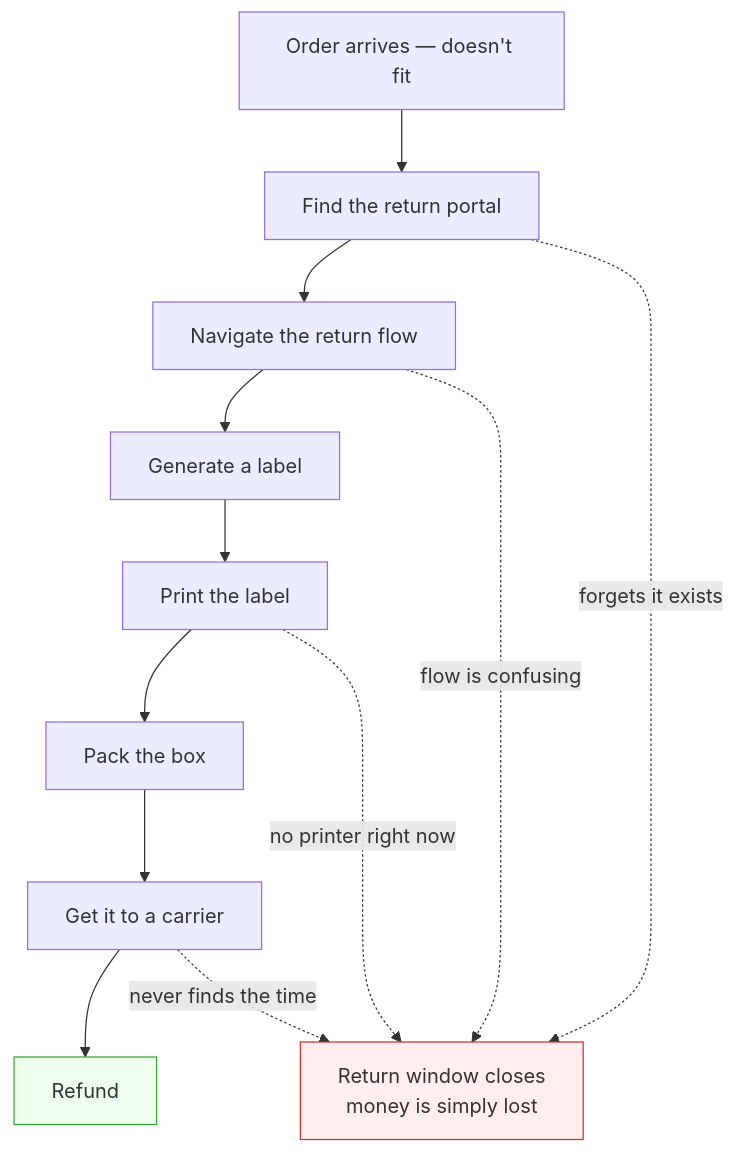
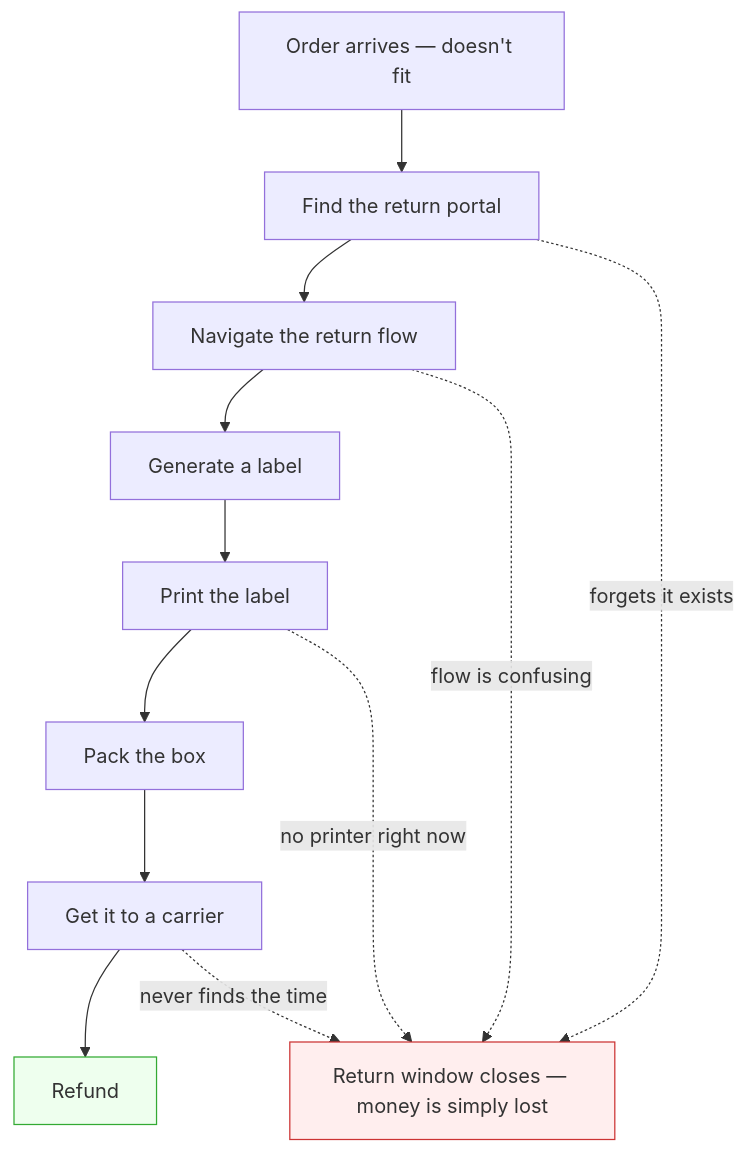
The first of 2 diagrams in docs/boomerang-returns-agent.md (jacklvd/boomerang), drawn with Mermaid before and after one commit. The commit also changed other lines of this file and 13 other files, not shown here.

````diff
--- a/docs/boomerang-returns-agent.md
+++ b/docs/boomerang-returns-agent.md
@@ -16,18 +16,18 @@
 ```mermaid
 flowchart TD
     A["Order arrives — doesn't fit"] --> B["Find the return portal"]
     B --> C["Navigate the return flow"]
     C --> D["Generate a label"]
     D --> E["Print the label"]
     E --> F["Pack the box"]
     F --> G["Get it to a carrier"]
     G --> H["Refund"]
 
-    B -.->|"forgets it exists"| X["Return window closes<br/>money is simply lost"]
+    B -.->|"forgets it exists"| X["Return window closes — money is simply lost"]
     C -.->|"flow is confusing"| X
     E -.->|"no printer right now"| X
     G -.->|"never finds the time"| X
 
     style X fill:#fee,stroke:#c33
     style H fill:#efe,stroke:#3a3
 ```
````
